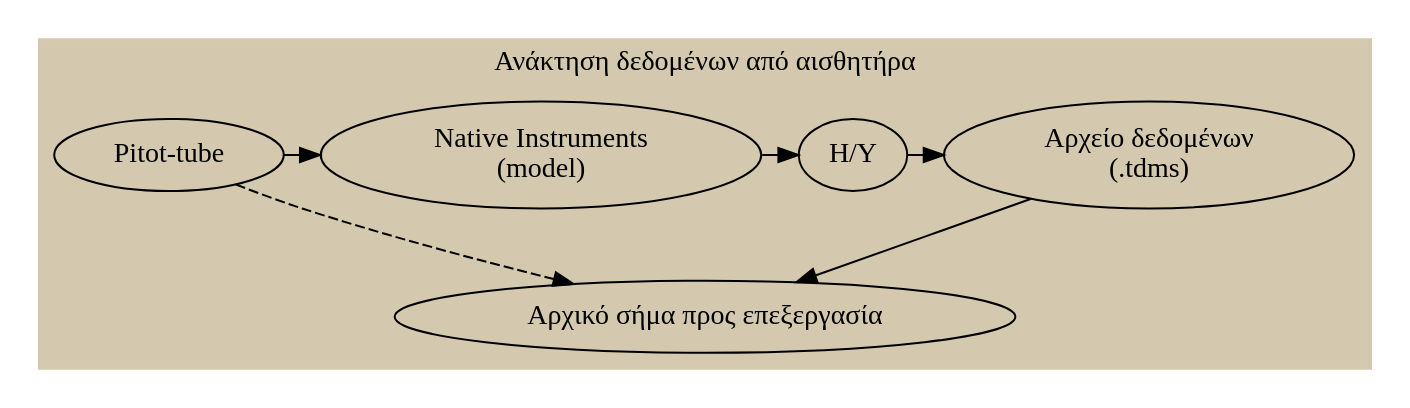
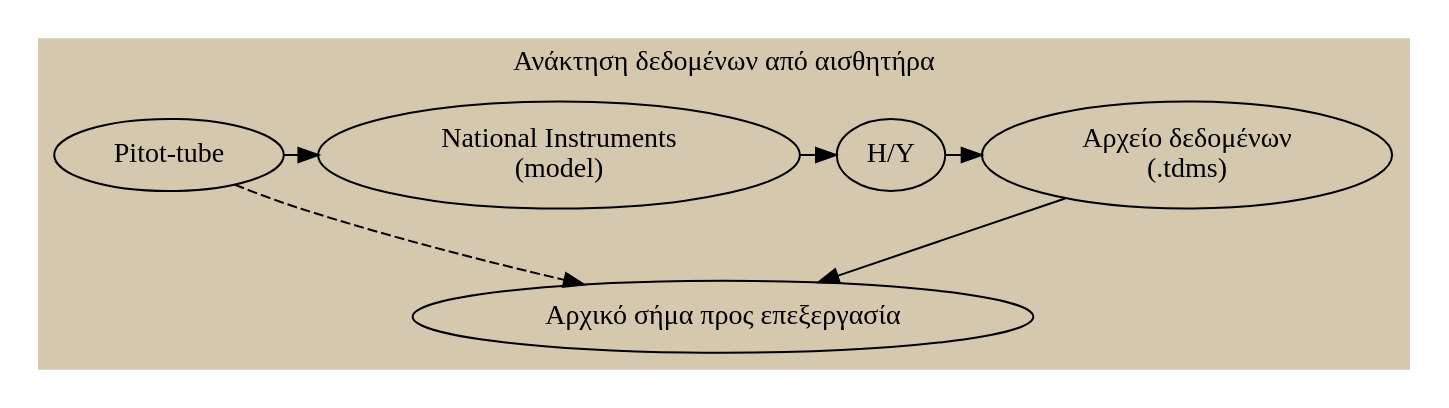
One commit to hmu-mech-npap/diss.tn.doc changed the first of 3 diagrams in diss-docs/main_doc/main_doc.org. Above: the diagram before and after it, drawn with Graphviz. The commit also changed other lines of this file and 4 other files, not shown here.

```diff
--- a/diss-docs/main_doc/main_doc.org
+++ b/diss-docs/main_doc/main_doc.org
@@ -1302,19 +1302,19 @@
 #+begin_src dot :file ./flowcharts/recording.png :results file :exports none :session dot :tangle ./graphviz/rec_chart.gv
 digraph rec_proc {
     compound=true;
     pitot[label="Pitot-tube"]
-    rec_card[label="Native Instruments\n(model)"]
+    rec_card[label="National Instruments\n(model)"]
     pc[label="H/Y"]
     dataframe[label="Αρχείο δεδομένων\n(.tdms)"]
     finished_prod[label="Αρχικό σήμα πρoς επεξεργασία"]
     subgraph cluster_0{
         style=filled;
         color="#D4C9AF";
         {rank=same;pitot;rec_card;pc;dataframe;}
         label= "Ανάκτηση δεδομένων από αισθητήρα";
         pitot -> rec_card;
         rec_card -> pc -> dataframe -> finished_prod;
         pitot -> finished_prod[style=dashed];
     }
 }
 #+end_src
```
